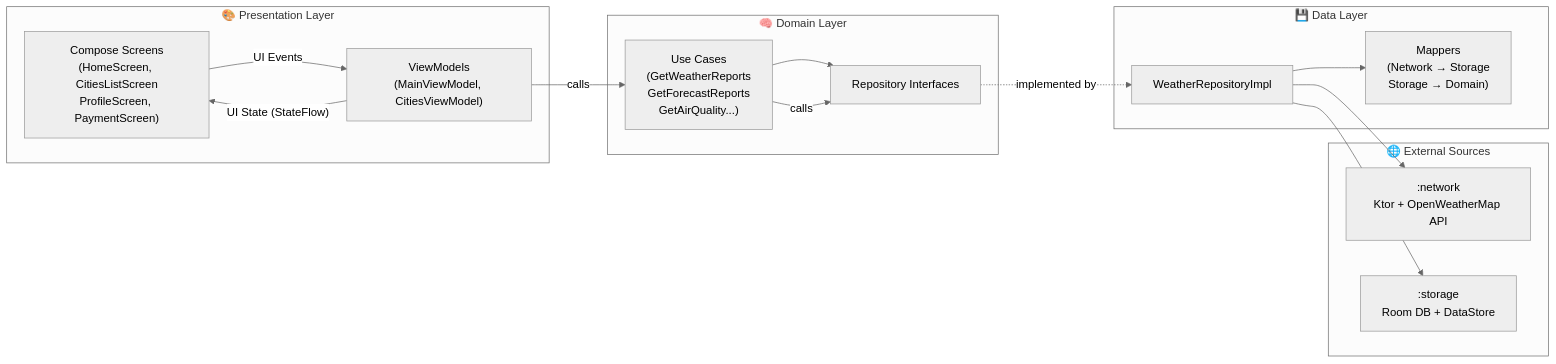
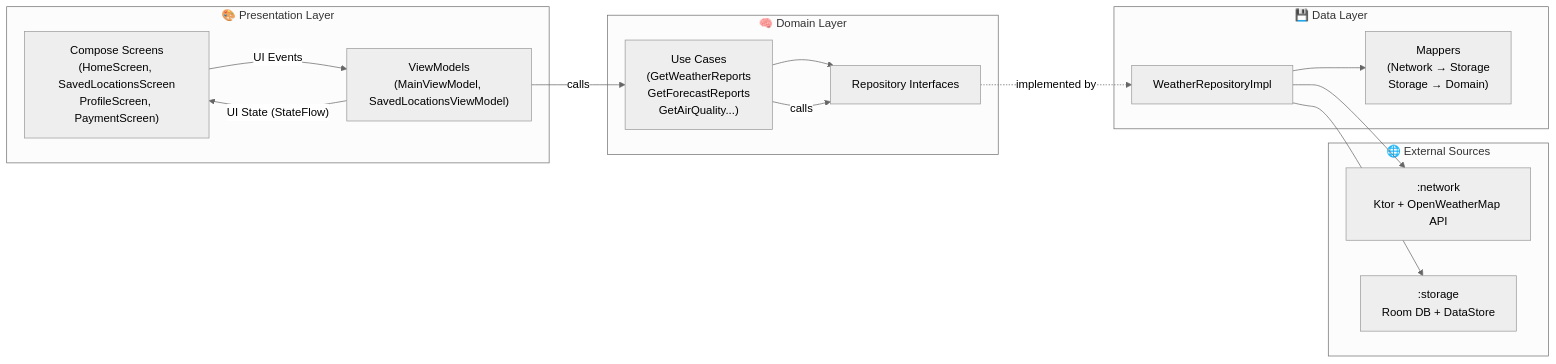
Before and after one commit to bosankus/Compose-Weatherify: the second of 2 diagrams in README.md, drawn with Mermaid (neutral theme). The commit also changed other lines of this file and 38 other files, not shown here.

First line of the commit message:
Refactor: migrate saved locations and place search to new :feature:fi… (#208)

````diff
--- a/README.md
+++ b/README.md
@@ -81,32 +86,32 @@
 ```mermaid
 graph LR
     subgraph Presentation["🎨 Presentation Layer"]
-        UI["Compose Screens\n(HomeScreen, CitiesListScreen\nProfileScreen, PaymentScreen)"]
-        VM["ViewModels\n(MainViewModel, CitiesViewModel)"]
+        UI["Compose Screens\n(HomeScreen, SavedLocationsScreen\nProfileScreen, PaymentScreen)"]
+        VM["ViewModels\n(MainViewModel, SavedLocationsViewModel)"]
         UI -- "UI Events" --> VM
         VM -- "UI State (StateFlow)" --> UI
     end
 
     subgraph Domain["🧠 Domain Layer"]
         UC["Use Cases\n(GetWeatherReports\nGetForecastReports\nGetAirQuality...)"]
         REPO_IF["Repository Interfaces"]
         UC --> REPO_IF
     end
 
     subgraph Data["💾 Data Layer"]
         REPO_IMPL["WeatherRepositoryImpl"]
         MAPPER["Mappers\n(Network → Storage\nStorage → Domain)"]
         REPO_IMPL --> MAPPER
     end
 
     subgraph External["🌐 External Sources"]
         NET[":network\nKtor + OpenWeatherMap API"]
         DB[":storage\nRoom DB + DataStore"]
     end
 
     VM -- "calls" --> UC
     UC -- "calls" --> REPO_IF
     REPO_IF -. "implemented by" .-> REPO_IMPL
     REPO_IMPL --> NET
     REPO_IMPL --> DB
 ```
````
